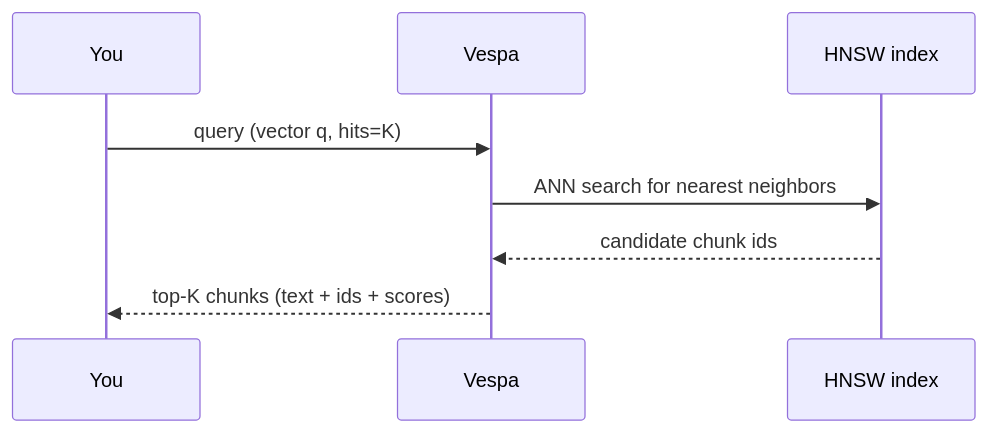
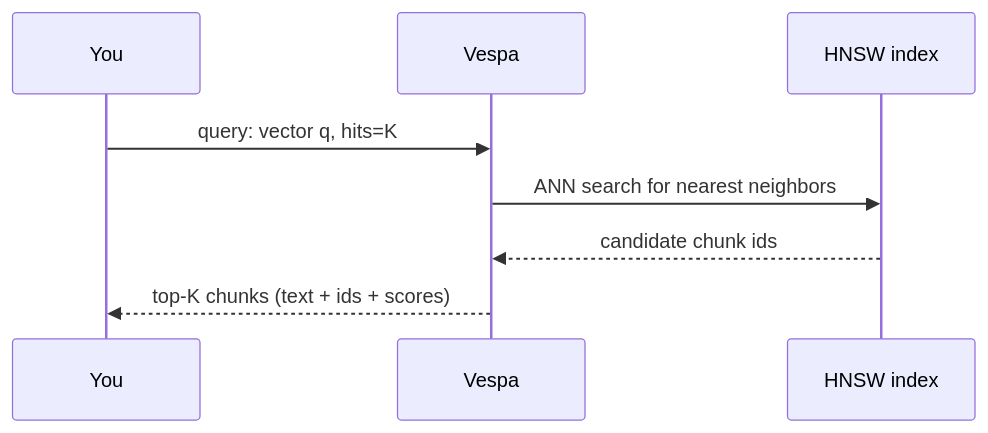
One commit to chiheb08/vespa-vectorstore changed the third of 4 diagrams in VESPA_VECTOR_STORE_BEGINNER_GUIDE.md. Above: the diagram before and after it, drawn with Mermaid. The commit also changed other lines of this file, not shown here.

Commit message:
Fix Mermaid diagrams for GitHub rendering

````diff
--- a/VESPA_VECTOR_STORE_BEGINNER_GUIDE.md
+++ b/VESPA_VECTOR_STORE_BEGINNER_GUIDE.md
@@ -173,10 +173,10 @@
 ```mermaid
 sequenceDiagram
   participant U as You
   participant V as Vespa
   participant I as HNSW index
-  U->>V: query (vector q, hits=K)
+  U->>V: query: vector q, hits=K
   V->>I: ANN search for nearest neighbors
   I-->>V: candidate chunk ids
   V-->>U: top-K chunks (text + ids + scores)
 ```
````
